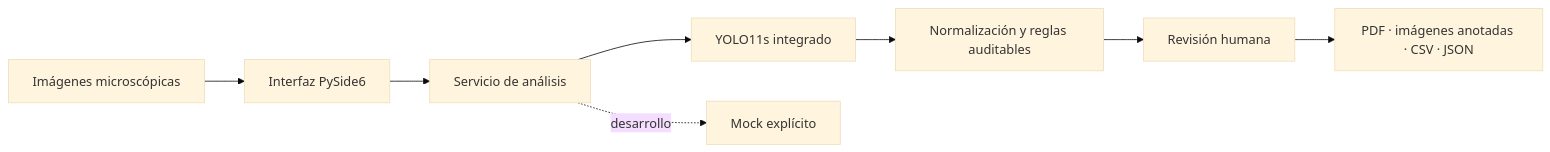
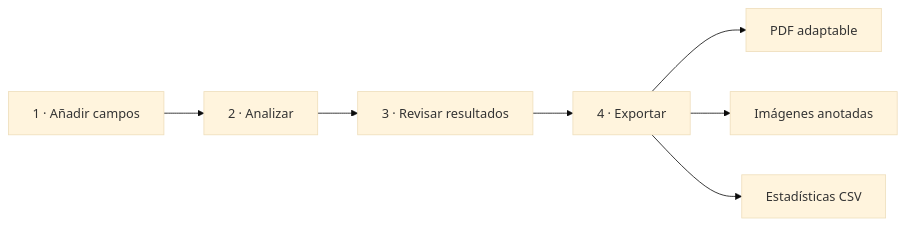
Before and after one commit to DnsRudy21/VECTOR_UroSight: the diagram in README.md, drawn with Mermaid (base theme). The commit also changed other lines of this file and 5 other files, not shown here.

````diff
--- a/README.md
+++ b/README.md
@@ -45,10 +33,9 @@
 ```mermaid
 flowchart LR
-    A["Imágenes microscópicas"] --> B["Interfaz PySide6"]
-    B --> C["Servicio de análisis"]
-    C --> D["YOLO11s integrado"]
-    C -. desarrollo .-> E["Mock explícito"]
-    D --> H["Normalización y reglas auditables"]
-    H --> I["Revisión humana"]
-    I --> J["PDF · imágenes anotadas · CSV · JSON"]
+    A["1 · Añadir campos"] --> B["2 · Analizar"]
+    B --> C["3 · Revisar resultados"]
+    C --> D["4 · Exportar"]
+    D --> E["PDF adaptable"]
+    D --> F["Imágenes anotadas"]
+    D --> G["Estadísticas CSV"]
 ```
````
